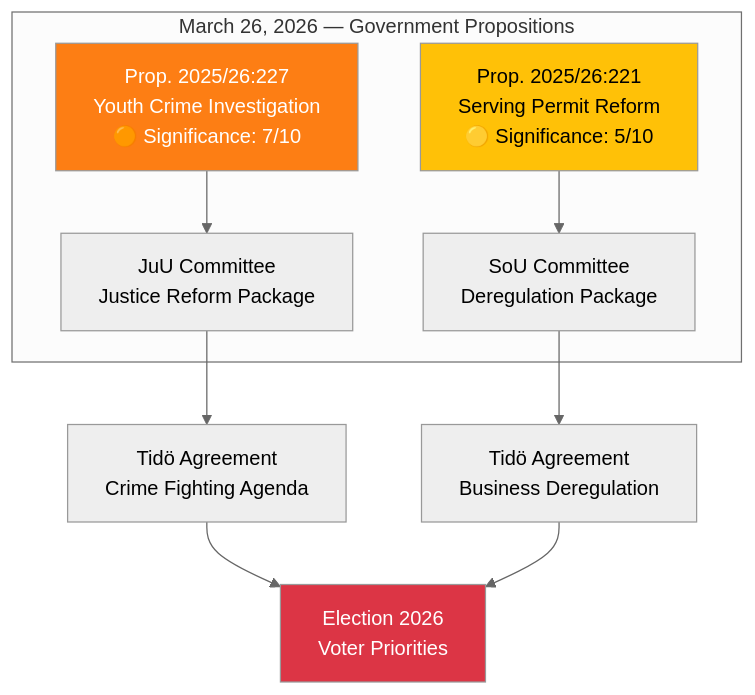
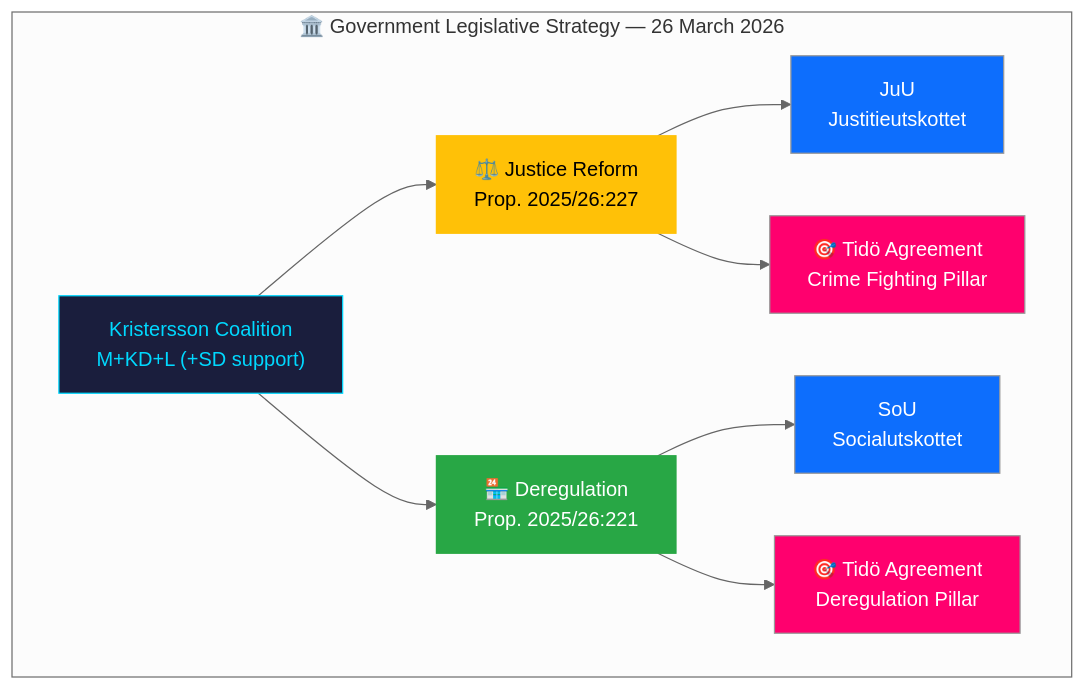
One commit to Hack23/riksdagsmonitor changed the diagram in analysis/daily/2026-03-26/propositions/synthesis-summary.md. Above: the diagram before and after it, drawn with Mermaid (neutral theme). The commit also changed other lines of this file and 22 other files, not shown here.

First line of the commit message:
Add government propositions articles and analysis for 2026-03-31

````diff
--- a/analysis/daily/2026-03-26/propositions/synthesis-summary.md
+++ b/analysis/daily/2026-03-26/propositions/synthesis-summary.md
@@ -13,17 +14,21 @@
 ```mermaid
 graph TD
-    subgraph "March 26, 2026 — Government Propositions"
-        A["Prop. 2025/26:227<br/>Youth Crime Investigation<br/>🟠 Significance: 7/10"] --> B["JuU Committee<br/>Justice Reform Package"]
-        C["Prop. 2025/26:221<br/>Serving Permit Reform<br/>🟡 Significance: 5/10"] --> D["SoU Committee<br/>Deregulation Package"]
+    subgraph "🏛️ Government Legislative Strategy — 26 March 2026"
+        GOV["Kristersson Coalition<br/>M+KD+L (+SD support)"] --> JUS["⚖️ Justice Reform<br/>Prop. 2025/26:227"]
+        GOV --> DEREG["🏪 Deregulation<br/>Prop. 2025/26:221"]
+        
+        JUS --> JuU["JuU<br/>Justitieutskottet"]
+        DEREG --> SoU["SoU<br/>Socialutskottet"]
+        
+        JUS --> TIDO["🎯 Tidö Agreement<br/>Crime Fighting Pillar"]
+        DEREG --> TIDO2["🎯 Tidö Agreement<br/>Deregulation Pillar"]
     end
-    
-    B --> E["Tidö Agreement<br/>Crime Fighting Agenda"]
-    D --> F["Tidö Agreement<br/>Business Deregulation"]
-    
-    E --> G["Election 2026<br/>Voter Priorities"]
-    F --> G
-    
-    style A fill:#fd7e14,color:#fff
-    style C fill:#ffc107,color:#000
-    style G fill:#dc3545,color:#fff
+
+    style GOV fill:#1a1e3d,color:#00d9ff,stroke:#00d9ff
+    style JUS fill:#ffc107,color:#000,stroke:#ffc107
+    style DEREG fill:#28a745,color:#fff,stroke:#28a745
+    style JuU fill:#0d6efd,color:#fff
+    style SoU fill:#0d6efd,color:#fff
+    style TIDO fill:#ff006e,color:#fff
+    style TIDO2 fill:#ff006e,color:#fff
 ```
````
